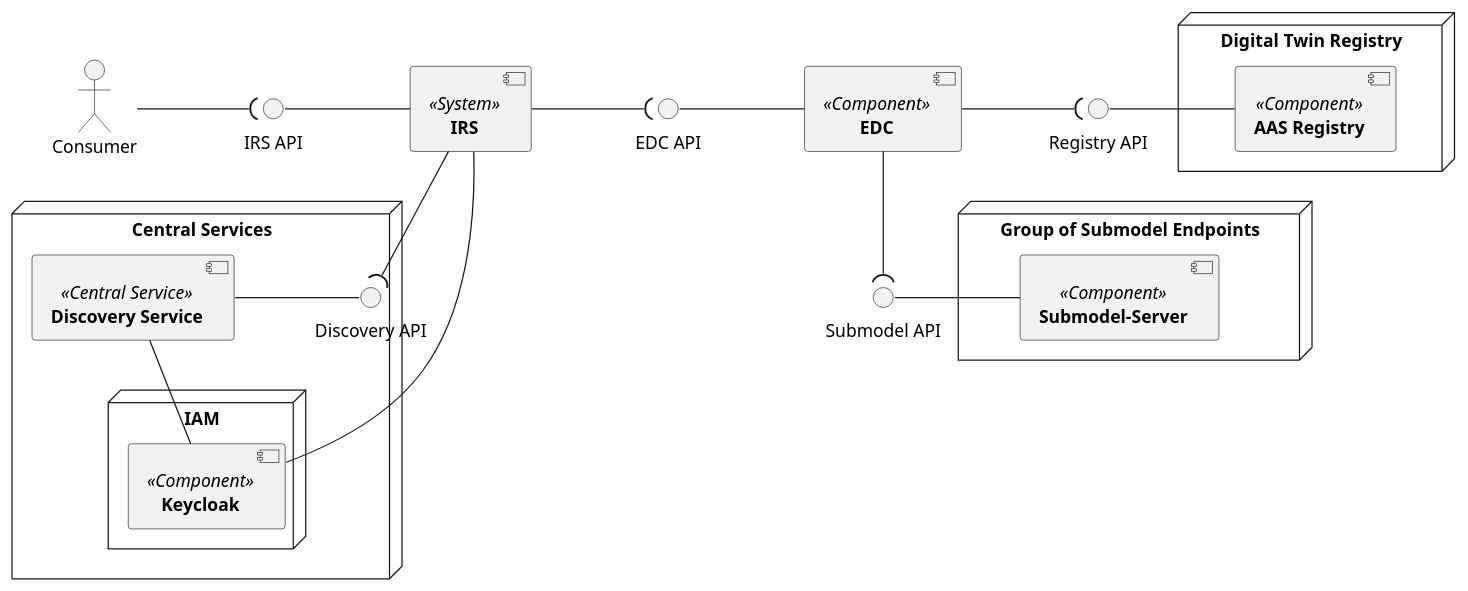
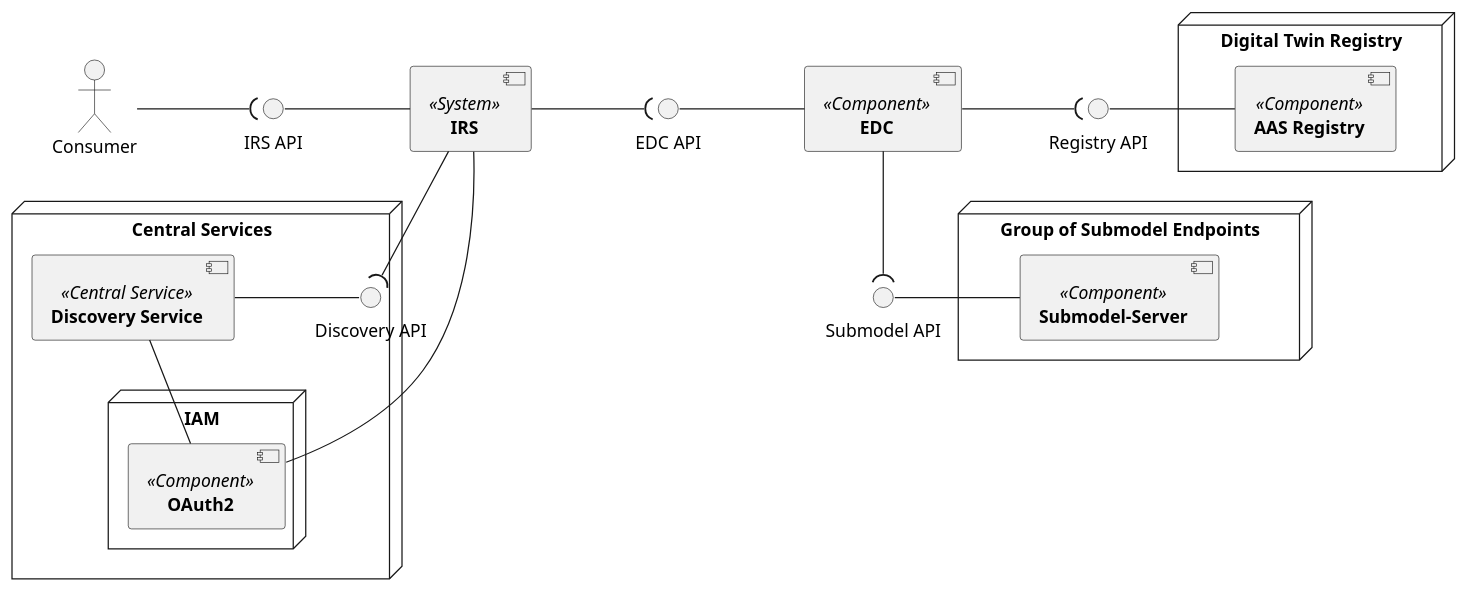
One commit to eclipse-tractusx/item-relationship-service changed the diagram in docs/src/uml-diagrams/scope-context/irs-overall-decentral-system-view.puml. Above: the diagram before and after it, drawn with PlantUML. The commit also changed 34 other files, not shown here.

```diff
--- a/docs/src/uml-diagrams/scope-context/irs-overall-decentral-system-view.puml
+++ b/docs/src/uml-diagrams/scope-context/irs-overall-decentral-system-view.puml
@@ -1,50 +1,50 @@
 @startuml 
 skinparam monochrome true
 skinparam shadowing false
 skinparam nodesep 100
 skinparam ranksep 20
 
 [**IRS**] <<System>> as IRS
 
 [**EDC**] <<Component>> as EDC
 
 
 
 node "Digital Twin Registry" {
     [**AAS Registry**] <<Component>> as AASR
 }
 node "Group of Submodel Endpoints" {
   [**Submodel-Server**] <<Component>> as SN
 }
 node "Central Services" {
     node "IAM" {
-        [**Keycloak**] <<Component>> as KIAM
+        [**OAuth2**] <<Component>> as OAuth2
     }
     [**Discovery Service**] <<Central Service>> as DS
     interface "Discovery API" as DAPI
 
 }
 actor Consumer
 
 
 interface "IRS API" as IAPI
 interface "EDC API" as IEDC
 interface "Registry API" as IRAPI
 interface "Submodel API" as ISubModelAPI
 
 Consumer -( IAPI
 IAPI - IRS
 IRS --( DAPI
-IRS -- KIAM
+IRS -- OAuth2
 IRS -( IEDC
 
-DS -- KIAM
+DS -- OAuth2
 DS - DAPI
 
 IEDC - EDC
 EDC --( ISubModelAPI
 ISubModelAPI - SN
 EDC -( IRAPI
 IRAPI - AASR
 
 @enduml
```
